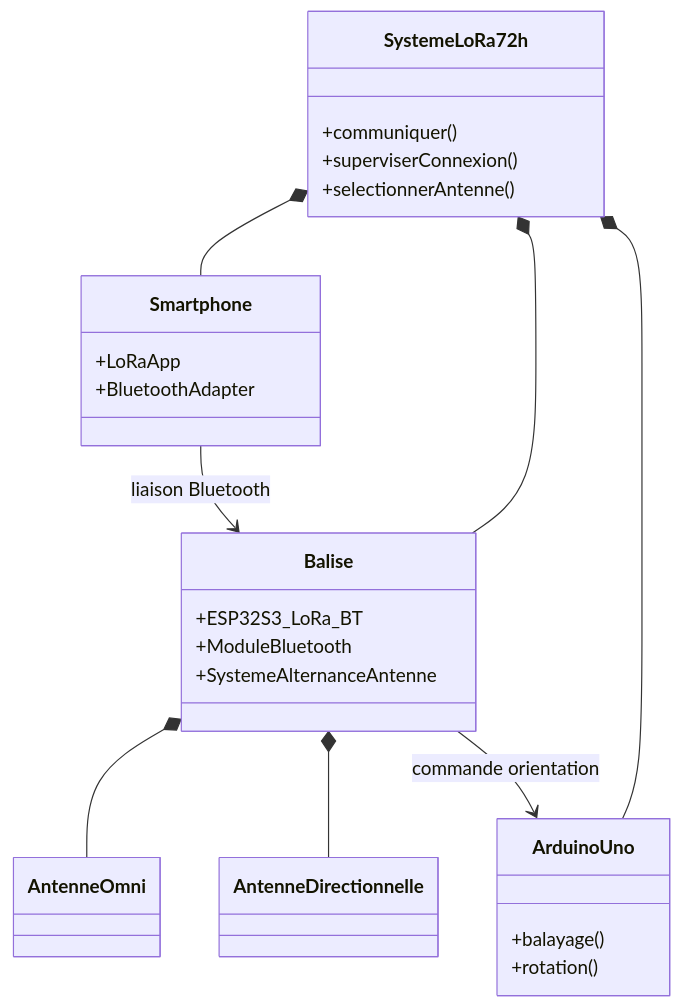
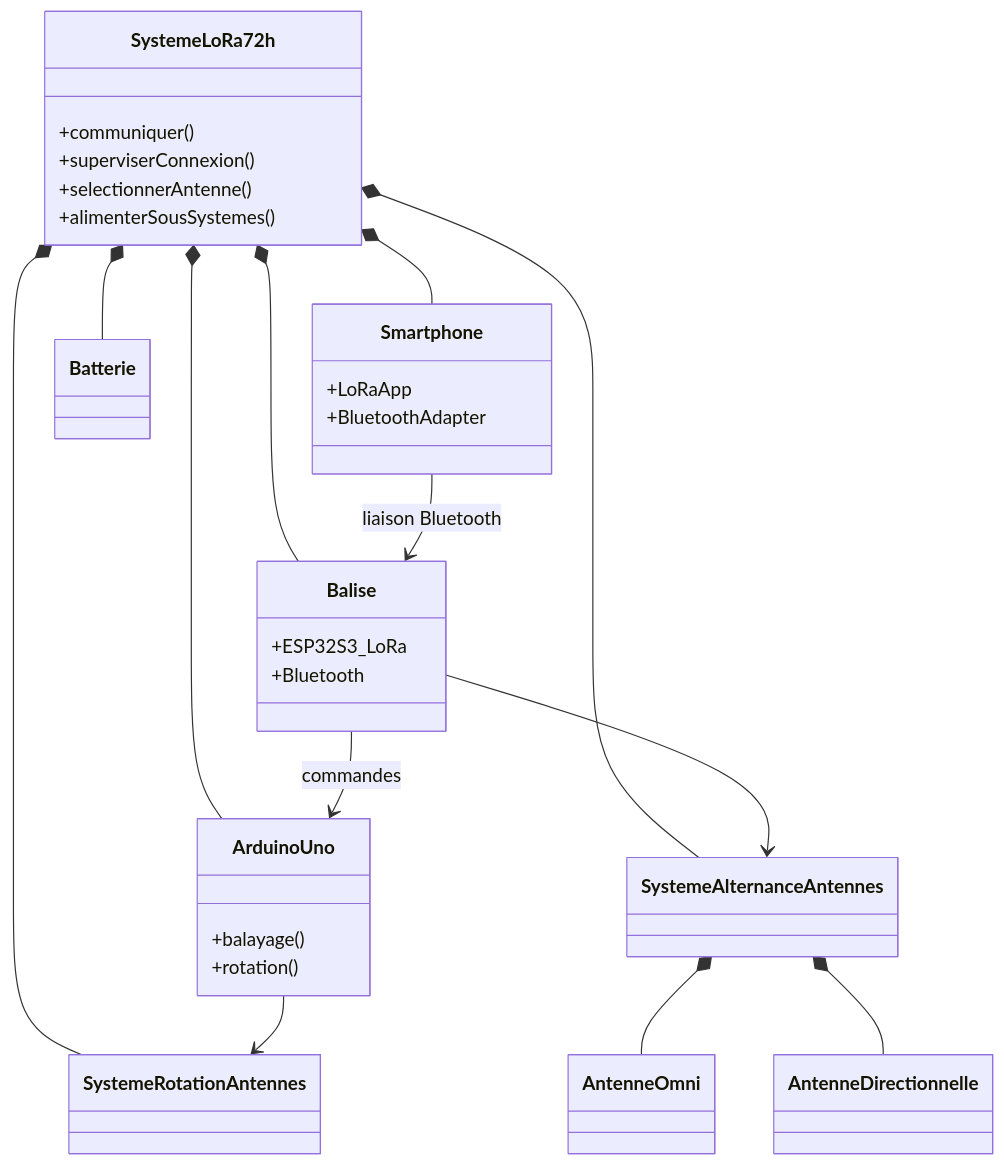
The fourth of 6 diagrams in Diagrammes_SysML_Projet_LoRa.md (SHU445/Projet-LoRa-72h), drawn with Mermaid before and after one commit. The commit also changed other lines of this file, not shown here.

````diff
--- a/Diagrammes_SysML_Projet_LoRa.md
+++ b/Diagrammes_SysML_Projet_LoRa.md
@@ -124,35 +133,43 @@
 ```mermaid
 classDiagram
     class SystemeLoRa72h {
       +communiquer()
       +superviserConnexion()
       +selectionnerAntenne()
+      +alimenterSousSystemes()
     }
 
     class Smartphone {
       +LoRaApp
       +BluetoothAdapter
     }
 
     class Balise {
-      +ESP32S3_LoRa_BT
-      +ModuleBluetooth
-      +SystemeAlternanceAntenne
+      +ESP32S3_LoRa
+      +Bluetooth
     }
 
     class ArduinoUno {
       +balayage()
       +rotation()
     }
 
+    class SystemeAlternanceAntennes
+    class SystemeRotationAntennes
     class AntenneOmni
     class AntenneDirectionnelle
+    class Batterie
 
     SystemeLoRa72h *-- Smartphone
     SystemeLoRa72h *-- Balise
     SystemeLoRa72h *-- ArduinoUno
-    Balise *-- AntenneOmni
-    Balise *-- AntenneDirectionnelle
-    Balise --> ArduinoUno : commande orientation
+    SystemeLoRa72h *-- SystemeAlternanceAntennes
+    SystemeLoRa72h *-- SystemeRotationAntennes
+    SystemeLoRa72h *-- Batterie
+    SystemeAlternanceAntennes *-- AntenneOmni
+    SystemeAlternanceAntennes *-- AntenneDirectionnelle
     Smartphone --> Balise : liaison Bluetooth
+    Balise --> ArduinoUno : commandes
+    Balise --> SystemeAlternanceAntennes
+    ArduinoUno --> SystemeRotationAntennes
 ```
````
